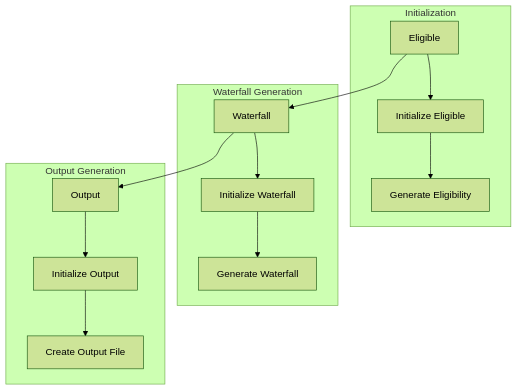
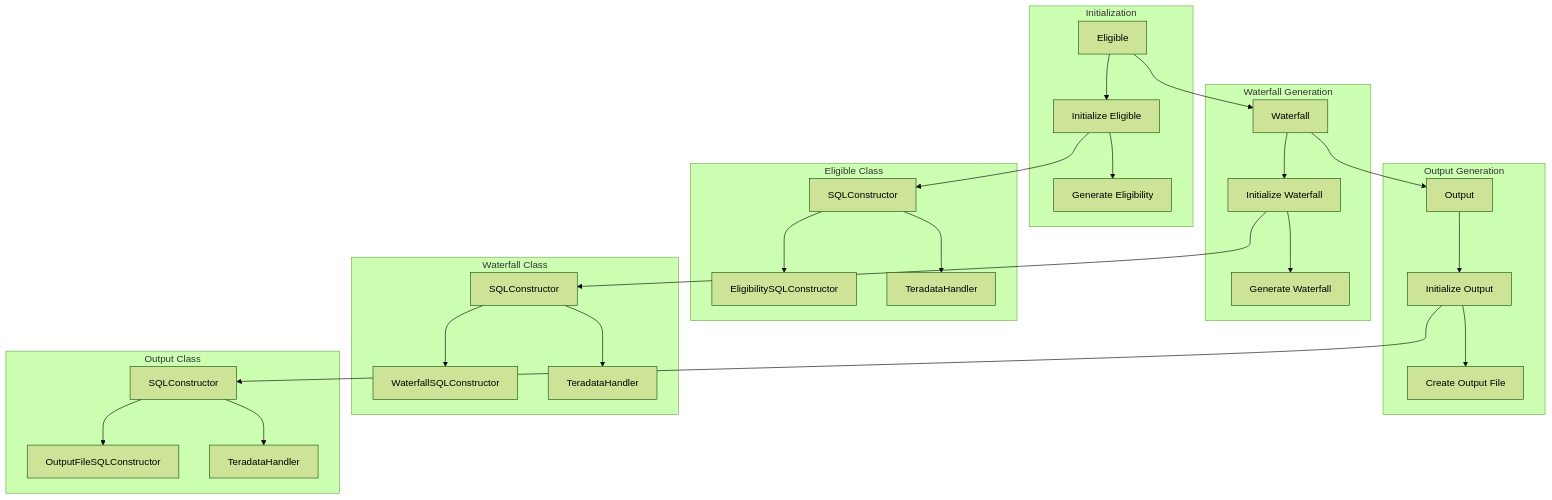
Before and after one commit to GiveMeDaTaco/pythonwf: the diagram in docs/workflow.md, drawn with Mermaid (forest theme).

First paragraph of the commit message:
aider: Updated workflow documentation with detailed Mermaid JS diagram of inner class calls.
# Aider chat conversation:

````diff
--- a/docs/workflow.md
+++ b/docs/workflow.md
@@ -3,26 +3,44 @@
 ```mermaid
 graph TD
     A[Eligible] --> B[Waterfall]
     B --> C[Output]
 
     subgraph Initialization
         A1[Initialize Eligible]
         A2[Generate Eligibility]
         A --> A1
         A1 --> A2
     end
 
     subgraph Waterfall Generation
         B1[Initialize Waterfall]
         B2[Generate Waterfall]
         B --> B1
         B1 --> B2
     end
 
     subgraph Output Generation
         C1[Initialize Output]
         C2[Create Output File]
         C --> C1
         C1 --> C2
     end
+
+    subgraph Eligible Class
+        A1 --> A3[SQLConstructor]
+        A3 --> A4[EligibilitySQLConstructor]
+        A3 --> A5[TeradataHandler]
+    end
+
+    subgraph Waterfall Class
+        B1 --> B3[SQLConstructor]
+        B3 --> B4[WaterfallSQLConstructor]
+        B3 --> B5[TeradataHandler]
+    end
+
+    subgraph Output Class
+        C1 --> C3[SQLConstructor]
+        C3 --> C4[OutputFileSQLConstructor]
+        C3 --> C5[TeradataHandler]
+    end
 ```
````
